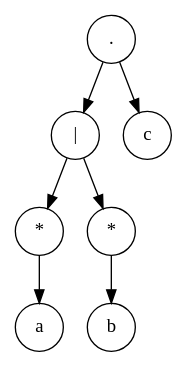
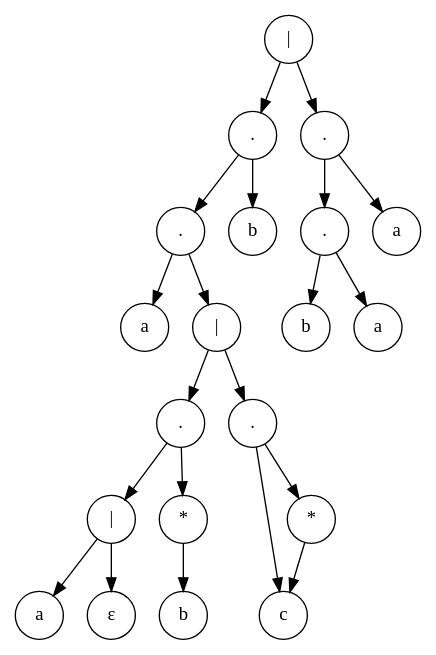
One commit to JoseGon20335/labC-lenguajes changed the diagram in Tree.gv. Above: the diagram before and after it, drawn with Graphviz. The commit also changed 16 other files, not shown here.

```diff
--- a/Tree.gv
+++ b/Tree.gv
@@ -1,17 +1,45 @@
 // resultado
 digraph Tree {
 	graph [rankdir=TB]
-	2138903741680 [label="." shape=circle]
-	2138903741488 [label="|" shape=circle]
-	2138903741200 [label="*" shape=circle]
-	2138903527376 [label=a shape=circle]
-	2138903741200 -> 2138903527376
-	2138903741488 -> 2138903741200
-	2138903741392 [label="*" shape=circle]
-	2138903741296 [label=b shape=circle]
-	2138903741392 -> 2138903741296
-	2138903741488 -> 2138903741392
-	2138903741680 -> 2138903741488
-	2138903741584 [label=c shape=circle]
-	2138903741680 -> 2138903741584
+	2806201453056 [label="|" shape=circle]
+	2806201452480 [label="." shape=circle]
+	2806201452288 [label="." shape=circle]
+	2806201450656 [label=a shape=circle]
+	2806201452288 -> 2806201450656
+	2806201452192 [label="|" shape=circle]
+	2806201451808 [label="." shape=circle]
+	2806201451424 [label="|" shape=circle]
+	2806201451328 [label=a shape=circle]
+	2806201451424 -> 2806201451328
+	2806201451520 [label="ε" shape=circle]
+	2806201451424 -> 2806201451520
+	2806201451808 -> 2806201451424
+	2806201451712 [label="*" shape=circle]
+	2806201451616 [label=b shape=circle]
+	2806201451712 -> 2806201451616
+	2806201451808 -> 2806201451712
+	2806201452192 -> 2806201451808
+	2806201452000 [label="." shape=circle]
+	2806201451904 [label=c shape=circle]
+	2806201452000 -> 2806201451904
+	2806201452096 [label="*" shape=circle]
+	2806201451904 [label=c shape=circle]
+	2806201452096 -> 2806201451904
+	2806201452000 -> 2806201452096
+	2806201452192 -> 2806201452000
+	2806201452288 -> 2806201452192
+	2806201452480 -> 2806201452288
+	2806201452384 [label=b shape=circle]
+	2806201452480 -> 2806201452384
+	2806201453056 -> 2806201452480
+	2806201452960 [label="." shape=circle]
+	2806201452768 [label="." shape=circle]
+	2806201452576 [label=b shape=circle]
+	2806201452768 -> 2806201452576
+	2806201452672 [label=a shape=circle]
+	2806201452768 -> 2806201452672
+	2806201452960 -> 2806201452768
+	2806201452864 [label=a shape=circle]
+	2806201452960 -> 2806201452864
+	2806201453056 -> 2806201452960
 }
```
